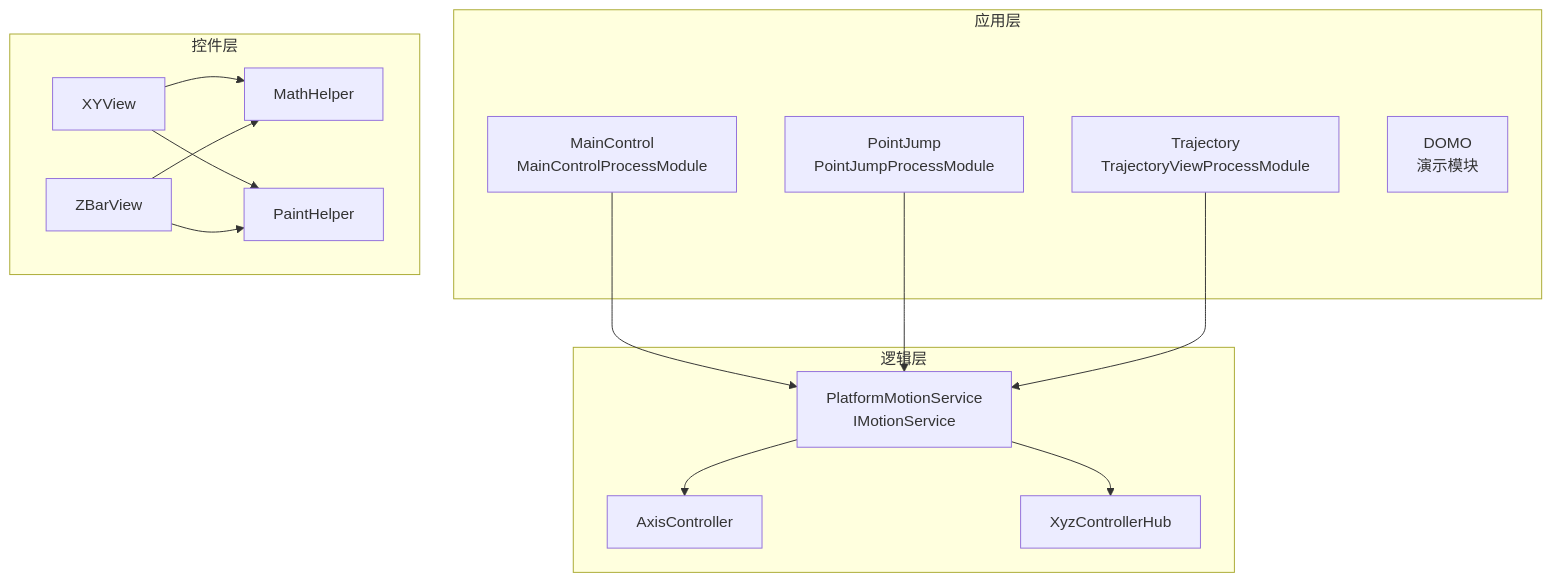
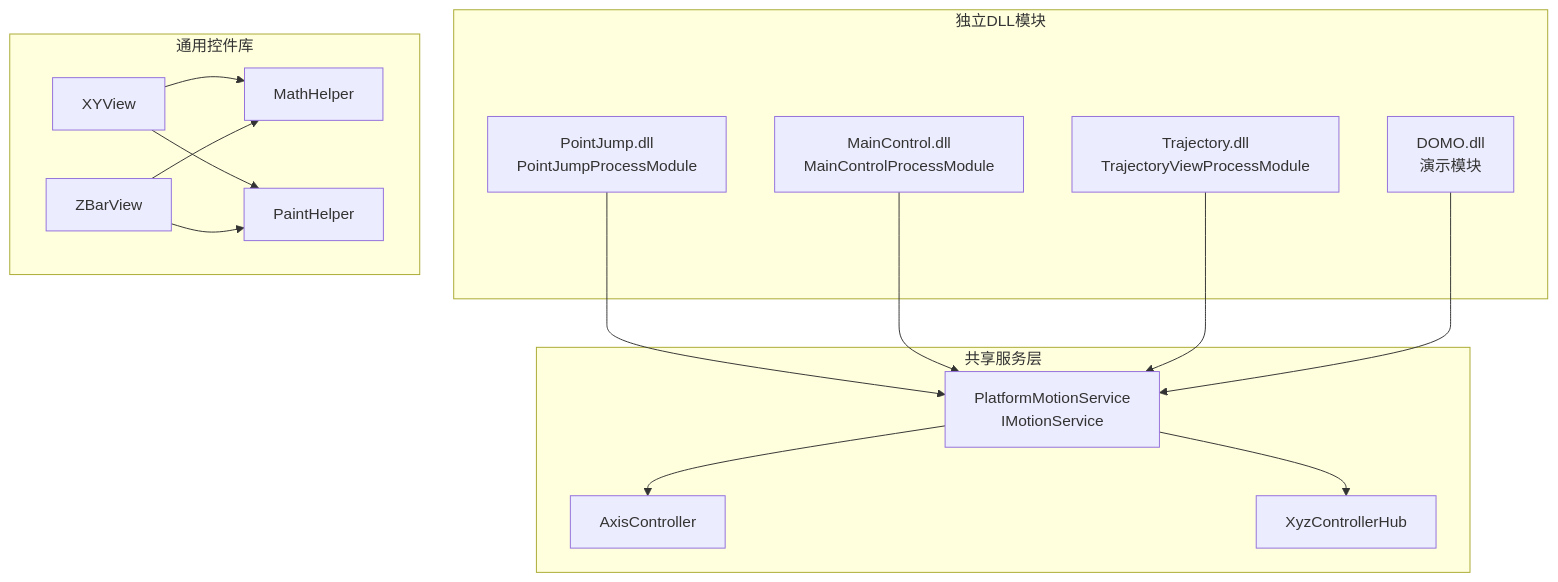
Before and after one commit to fuweiq94-cloud/339918076: the first of 8 diagrams in .qoder/repowiki/zh/content/架构设计/模块化架构设计.md, drawn with Mermaid. The commit also changed other lines of this file and 203 other files, not shown here.

````diff
--- a/.qoder/repowiki/zh/content/架构设计/模块化架构设计.md
+++ b/.qoder/repowiki/zh/content/架构设计/模块化架构设计.md
@@ -48,29 +60,30 @@
 ```mermaid
 graph TB
-subgraph "应用层"
-MC["MainControl<br/>MainControlProcessModule"]
-PJ["PointJump<br/>PointJumpProcessModule"]
-TR["Trajectory<br/>TrajectoryViewProcessModule"]
-DM["DOMO<br/>演示模块"]
+subgraph "独立DLL模块"
+PJ["PointJump.dll<br/>PointJumpProcessModule"]
+MC["MainControl.dll<br/>MainControlProcessModule"]
+TR["Trajectory.dll<br/>TrajectoryViewProcessModule"]
+DM["DOMO.dll<br/>演示模块"]
 end
-subgraph "逻辑层"
+subgraph "共享服务层"
 LMS["PlatformMotionService<br/>IMotionService"]
 AC["AxisController"]
 XH["XyzControllerHub"]
 end
-subgraph "控件层"
+subgraph "通用控件库"
 XYV["XYView"]
 ZBV["ZBarView"]
 MH["MathHelper"]
 PH["PaintHelper"]
 end
+PJ --> LMS
 MC --> LMS
-PJ --> LMS
 TR --> LMS
+DM --> LMS
 LMS --> AC
 LMS --> XH
 XYV --> MH
 XYV --> PH
 ZBV --> MH
 ZBV --> PH
 ```
````
